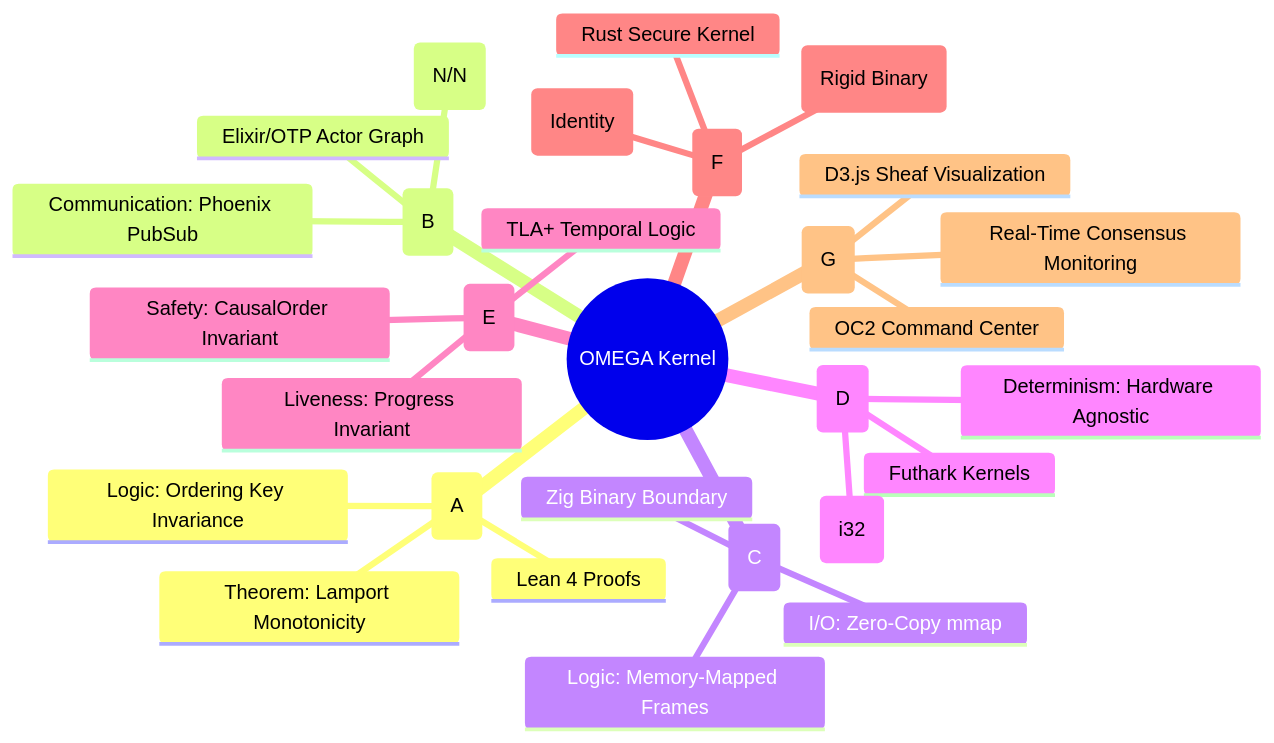
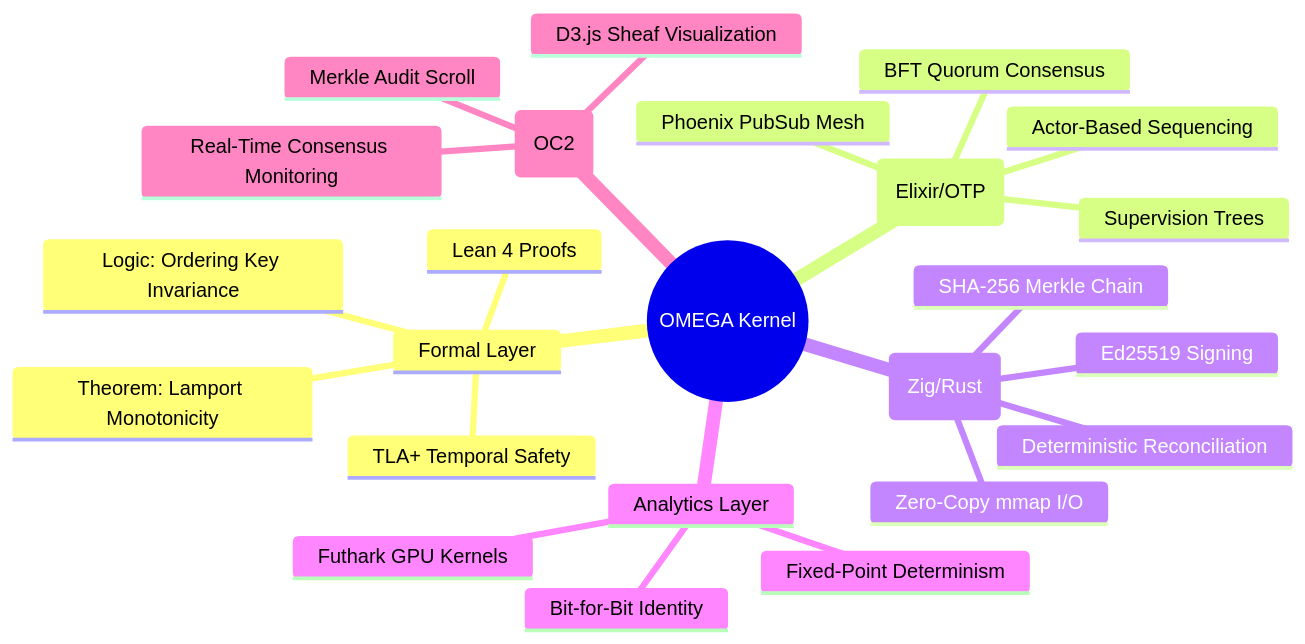
Before and after one commit to x123la/omega-sheath-os: the first of 5 diagrams in README.md, drawn with Mermaid. The commit also changed other lines of this file, not shown here.

Commit message:
docs: enhance README with detailed architecture diagrams and data flow visualizations

````diff
--- a/README.md
+++ b/README.md
@@ -14,32 +14,27 @@
 ```mermaid
 mindmap
   root((OMEGA Kernel))
-    Formal Layer (A)
+    Formal Layer
       Lean 4 Proofs
       Theorem: Lamport Monotonicity
       Logic: Ordering Key Invariance
-    Runtime Layer (B)
-      Elixir/OTP Actor Graph
-      Consensus: BFT Quorum (N/N)
-      Communication: Phoenix PubSub
-    Systems Layer (C)
-      Zig Binary Boundary
-      I/O: Zero-Copy mmap
-      Logic: Memory-Mapped Frames
-    Analytics Layer (D)
-      Futhark Kernels
-      Fixed-Point Arithmetic (i32)
-      Determinism: Hardware Agnostic
-    Protocol Layer (E)
-      TLA+ Temporal Logic
-      Safety: CausalOrder Invariant
-      Liveness: Progress Invariant
-    Implementation Layer (F)
-      Rust Secure Kernel
-      Hashing: SHA-256 (Rigid Binary)
-      Signing: Ed25519 (Identity)
-    Observability Layer (G)
-      OC2 Command Center
+      TLA+ Temporal Safety
+    Runtime Layer (Elixir/OTP)
+      BFT Quorum Consensus
+      Phoenix PubSub Mesh
+      Actor-Based Sequencing
+      Supervision Trees
+    Systems Layer (Zig/Rust)
+      Zero-Copy mmap I/O
+      Deterministic Reconciliation
+      Ed25519 Signing
+      SHA-256 Merkle Chain
+    Analytics Layer
+      Futhark GPU Kernels
+      Fixed-Point Determinism
+      Bit-for-Bit Identity
+    Observability Layer (OC2)
       D3.js Sheaf Visualization
       Real-Time Consensus Monitoring
+      Merkle Audit Scroll
 ```
````
